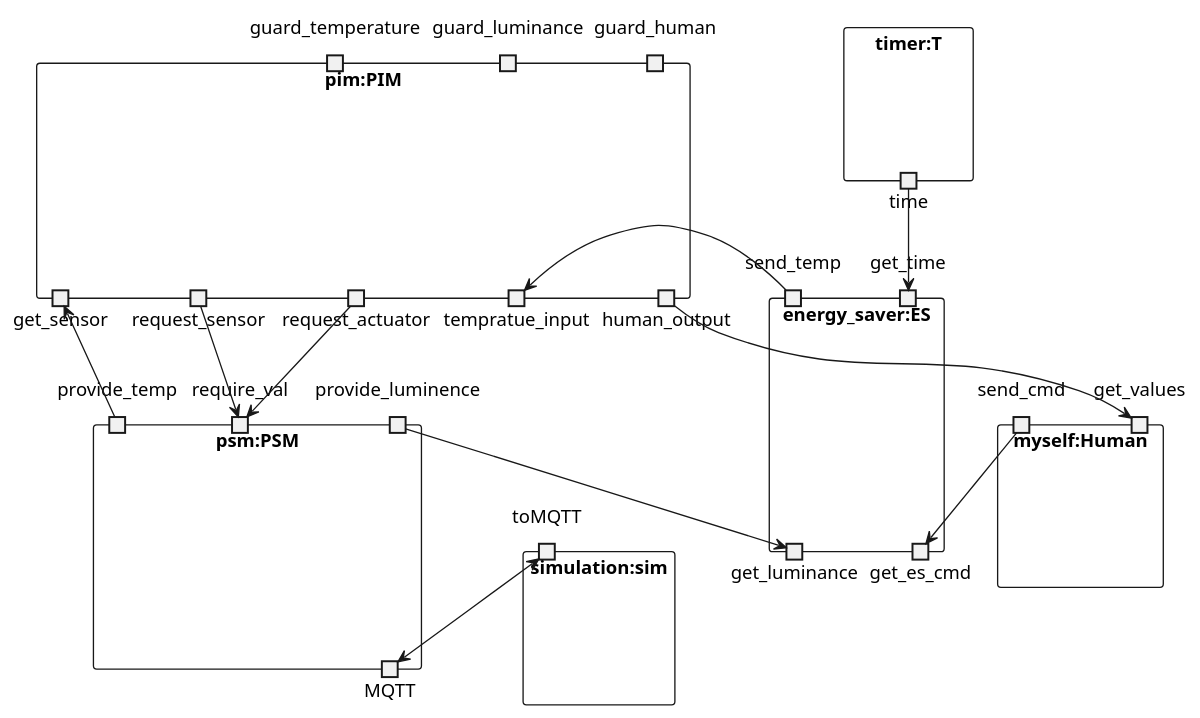
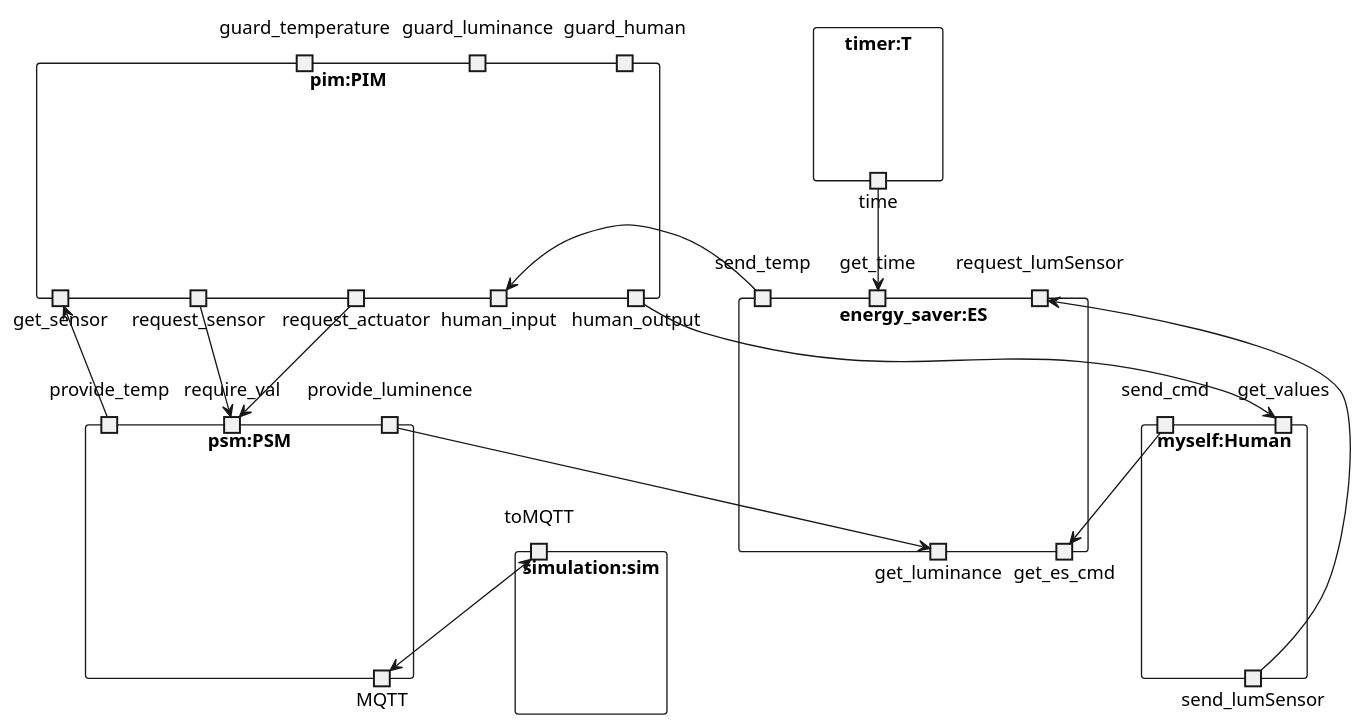
Before and after one commit to Tobhal/HIOF-Models-and-Digital-Twins: the diagram in Oblig1/TheRoomX3D2.MQTT.sim/Diagrams/architecture.plantuml, drawn with PlantUML. The commit also changed 120 other files, not shown here.

```diff
--- a/Oblig1/TheRoomX3D2.MQTT.sim/Diagrams/architecture.plantuml
+++ b/Oblig1/TheRoomX3D2.MQTT.sim/Diagrams/architecture.plantuml
@@ -1,65 +1,68 @@
 @startuml X3D2_MQTT_SIM
 
 'HUMAN
 rectangle myself:Human {
     port send_cmd
-    
+    portout send_lumSensor
     portin get_values
 }
 
 rectangle timer:T {
     portout time
 }
 
 'PIM
 rectangle pim:PIM {
     portout get_sensor
     portout request_sensor
     portout request_actuator
-    portout tempratue_input
+    portout human_input
     portout human_output
 
     'guards
     port guard_temperature
     port guard_luminance
     port guard_human
 }
 
 'PSM
 rectangle psm:PSM {
     portin provide_temp
     portin provide_luminence
     portin require_val
     portin require_val
 
     portout MQTT
 }
 
 'SIM
 rectangle simulation:sim {
     port toMQTT
 }
 
 'energy saver
 rectangle energy_saver:ES {
     portin send_temp
     portin get_time
 
     portout get_es_cmd
     portout get_luminance
+    portin request_lumSensor
 }
  
 provide_temp --> get_sensor
 provide_luminence --> get_luminance
 
+send_lumSensor --> request_lumSensor
+
 send_cmd --> get_es_cmd
-send_temp ---> tempratue_input
+send_temp ---> human_input
  
 request_sensor --> require_val
 request_actuator --> require_val
 human_output -----> get_values
  
 time --> get_time
 
 toMQTT <--> MQTT
 @enduml
```
